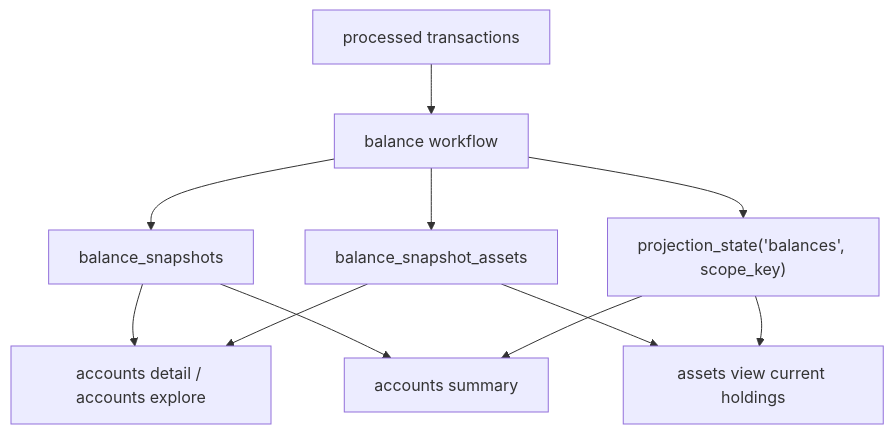
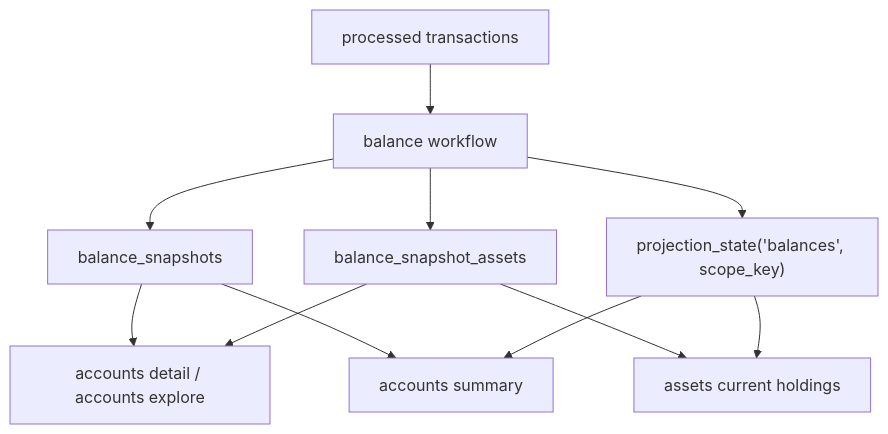
The diagram in docs/specs/balance-projection.md (jbelanger/exitbook), drawn with Mermaid before and after one commit. The commit also changed other lines of this file and 12 other files, not shown here.

````diff
--- a/docs/specs/balance-projection.md
+++ b/docs/specs/balance-projection.md
@@ -245,13 +245,13 @@
 ```mermaid
 graph TD
     A["processed transactions"] --> B["balance workflow"]
     B --> C["balance_snapshots"]
     B --> D["balance_snapshot_assets"]
     B --> E["projection_state('balances', scope_key)"]
     C --> F["accounts detail / accounts explore"]
     D --> F
     C --> G["accounts summary"]
     E --> G
-    D --> H["assets view current holdings"]
+    D --> H["assets current holdings"]
     E --> H
 ```
````
